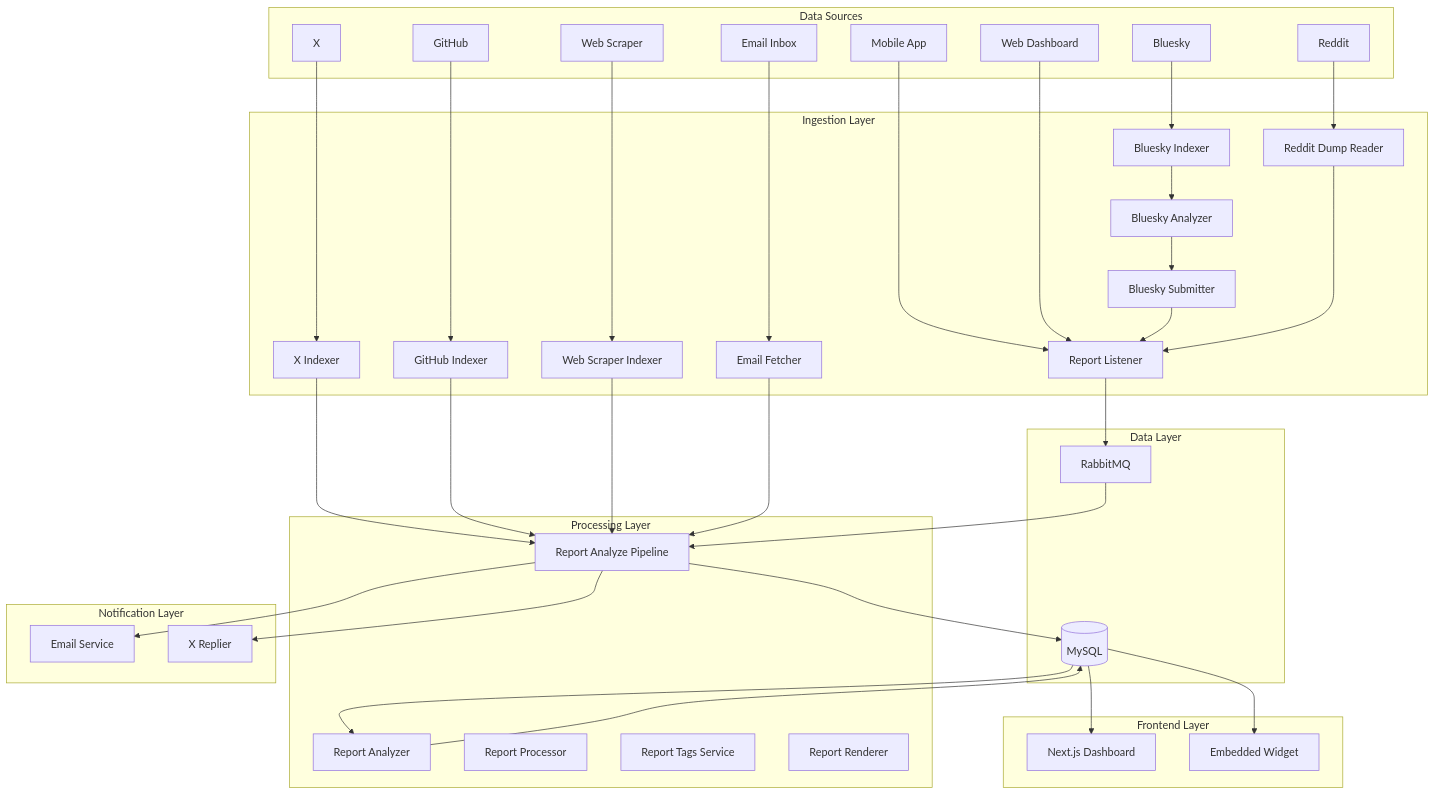
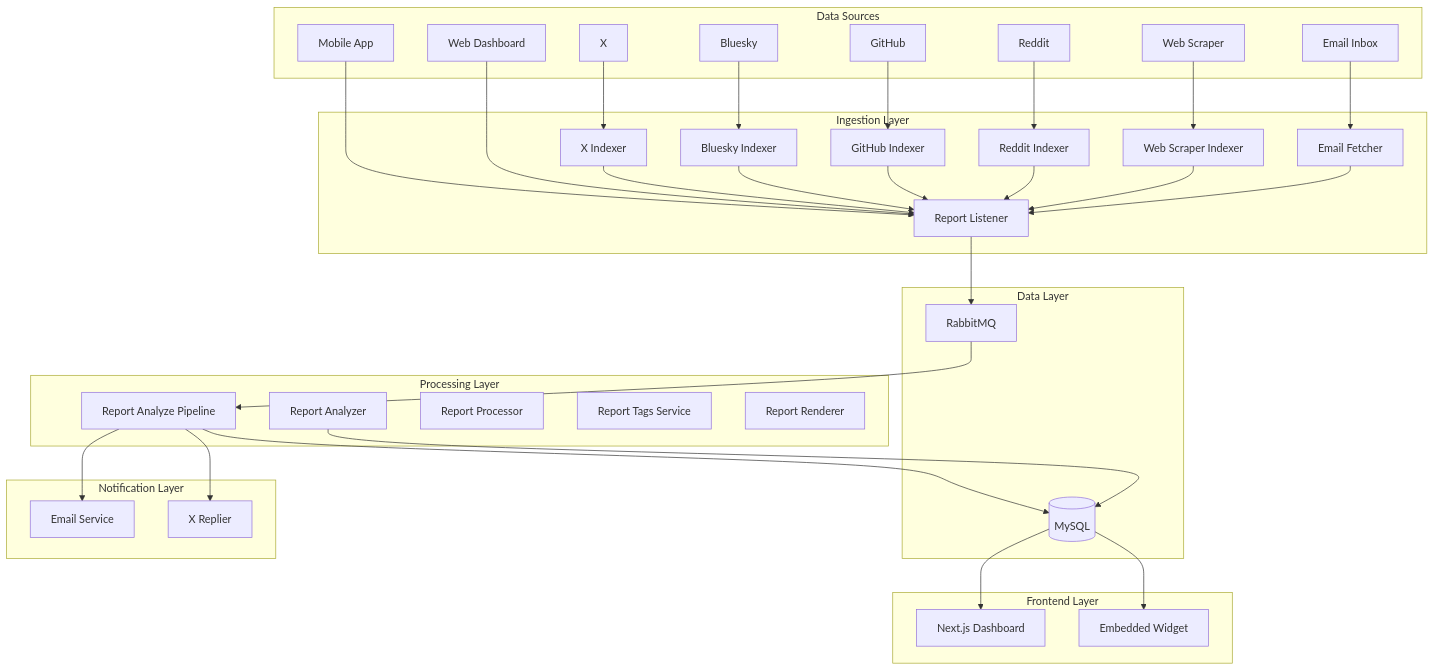
Before and after one commit to cleanappio/cleanapp_back_end_v2: the diagram in ARCHITECTURE.md, drawn with Mermaid.

Commit message:
docs: streamline architecture diagram for cleaner layout
- Simplified flows: all indexers now route through Report Listener
- Removed intermediate Bluesky Analyzer/Submitter from diagram (kept in service inventory)
- Cleaner, more intuitive visual layout matching original style

````diff
--- a/ARCHITECTURE.md
+++ b/ARCHITECTURE.md
@@ -23,10 +23,8 @@
         RL[Report Listener]
         XI[X Indexer]
         BI[Bluesky Indexer]
-        BA[Bluesky Analyzer]
-        BSU[Bluesky Submitter]
         GHI[GitHub Indexer]
-        RDR[Reddit Dump Reader]
+        RDR[Reddit Indexer]
         WSI[Web Scraper Indexer]
         EF[Email Fetcher]
     end
@@ -54,43 +52,30 @@
         EMBED[Embedded Widget]
     end
     
-    %% Direct app/web submissions
     APP --> RL
     WEB --> RL
-    
-    %% Social media indexing flows
     XSRC --> XI
     BS --> BI
-    BI --> BA
-    BA --> BSU
-    BSU --> RL
-    
     GH --> GHI
+    REDDIT --> RDR
     WEBSCRAPE --> WSI
     EMAIL --> EF
     
-    %% Reddit bulk ingestion flow
-    REDDIT --> RDR
+    XI --> RL
+    BI --> RL
+    GHI --> RL
     RDR --> RL
+    WSI --> RL
+    EF --> RL
     
-    %% Ingestion to processing
-    XI --> RAP
-    GHI --> RAP
-    WSI --> RAP
-    EF --> RAP
     RL --> RMQ
     RMQ --> RAP
-    
-    %% Report analyzer for AI enrichment of bulk-ingested reports
-    DB --> RA
+    RAP --> DB
     RA --> DB
     
-    %% Processing to storage
-    RAP --> DB
     RAP --> ES
     RAP --> XR
     
-    %% Frontend reads from DB
     DB --> FE
     DB --> EMBED
 ```
````
